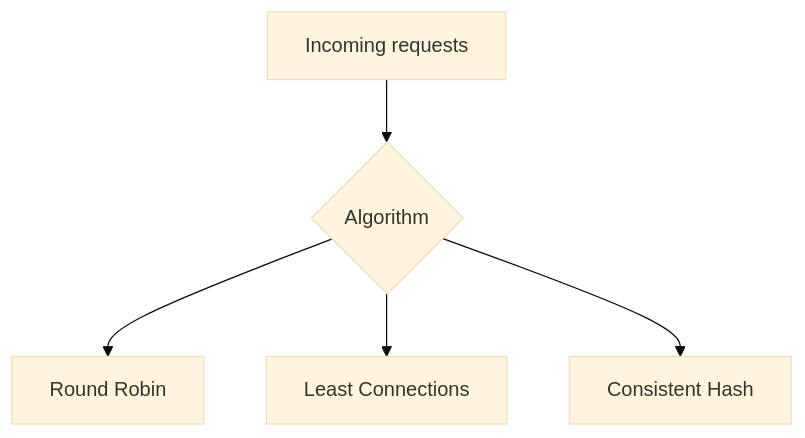
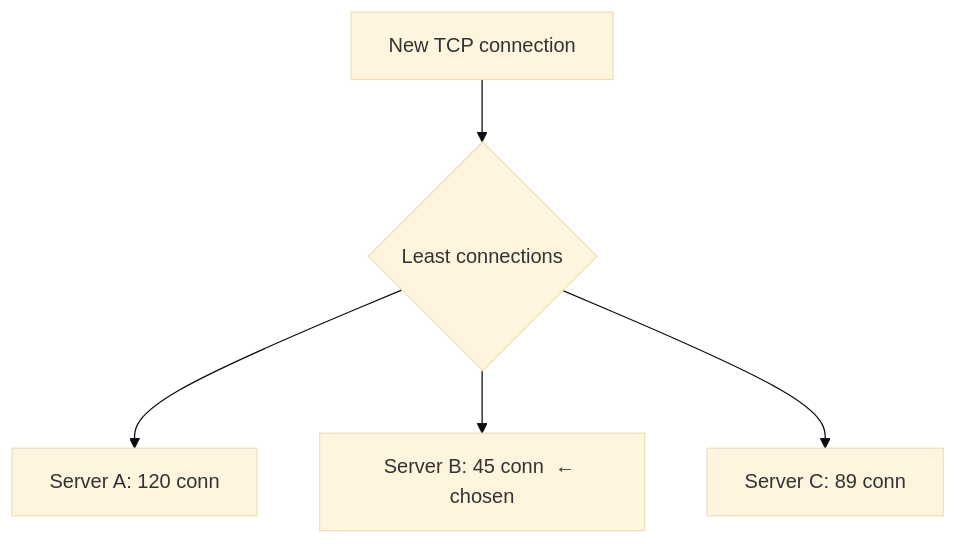
Before and after one commit to hareramcse/SystemDesign: diagram 22 of 24 in 01-networking/README.md, drawn with Mermaid (base theme). The commit also changed other lines of this file and 14 other files, not shown here.

````diff
--- a/01-networking/README.md
+++ b/01-networking/README.md
@@ -1229,7 +1741,7 @@
 ```mermaid
 flowchart TB
-    Req[Incoming requests] --> Algo{Algorithm}
-    Algo --> RR[Round Robin]
-    Algo --> LC[Least Connections]
-    Algo --> CH[Consistent Hash]
+    Req[New TCP connection] --> LC{Least connections}
+    LC --> B1["Server A: 120 conn"]
+    LC --> B2["Server B: 45 conn  ← chosen"]
+    LC --> B3["Server C: 89 conn"]
 ```
````
